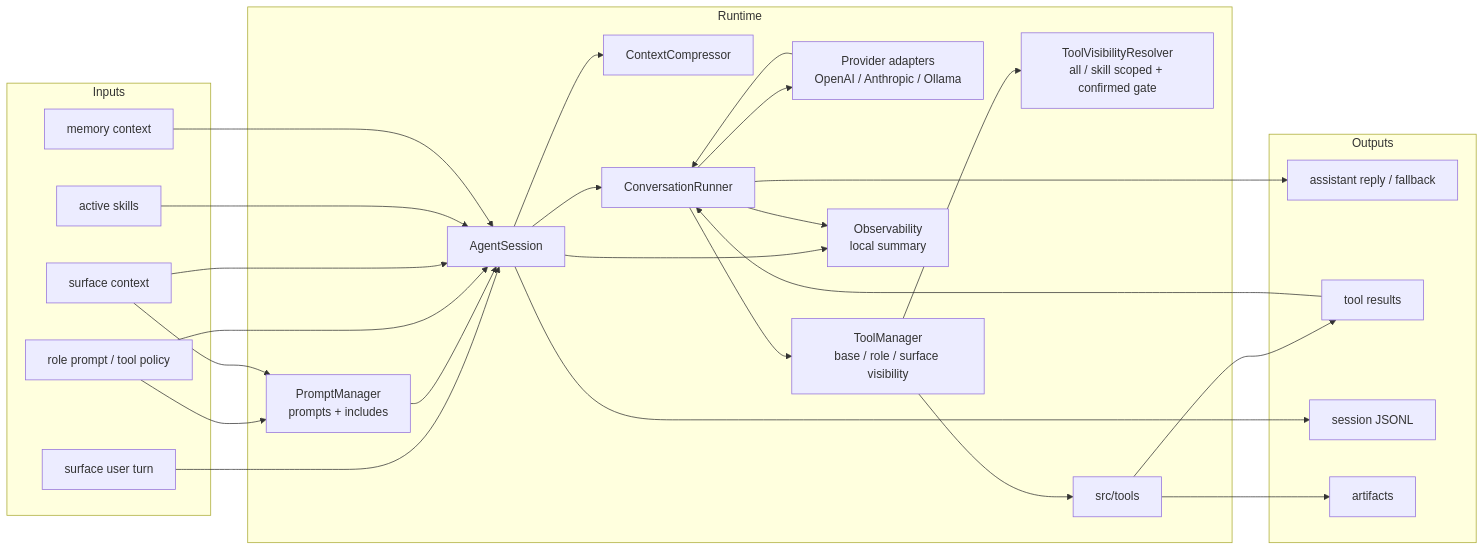
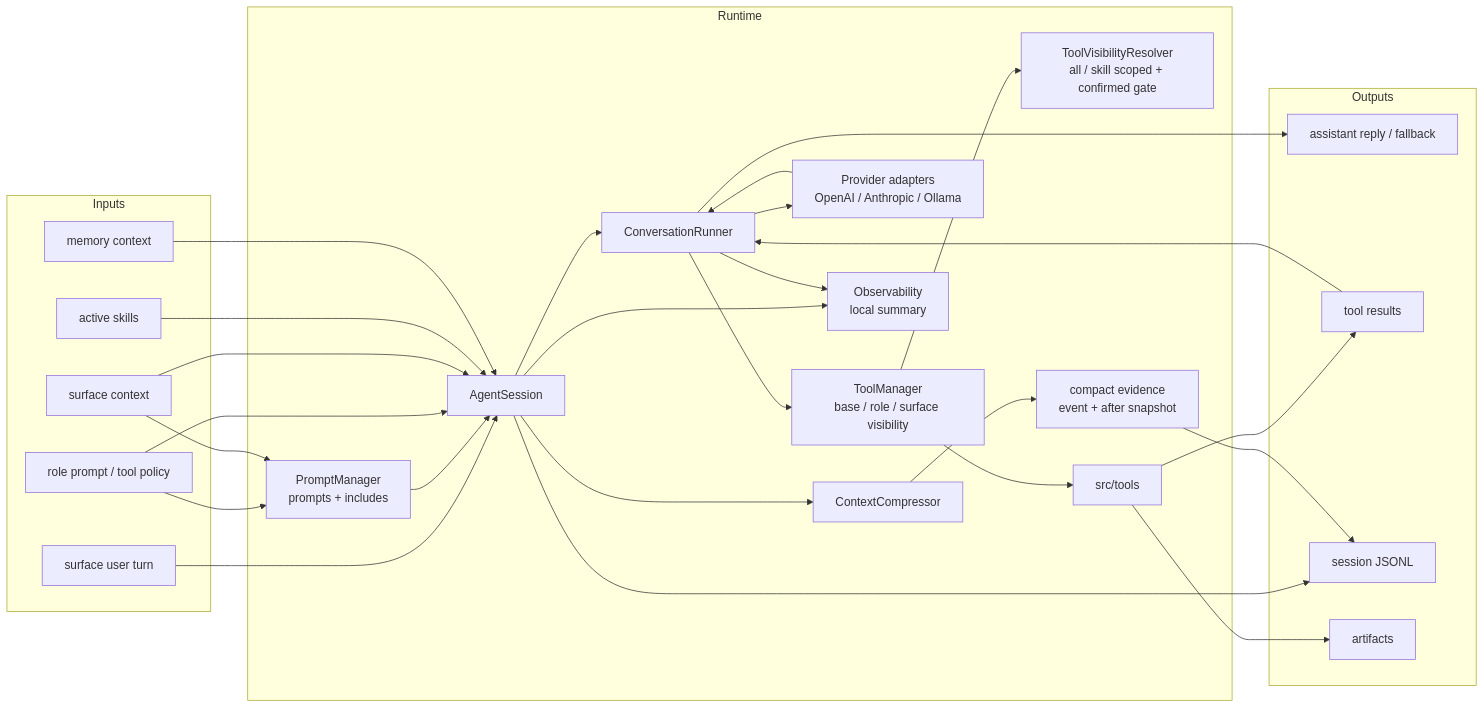
One commit to fightheyyy/XiaoBa-CLI changed the first of 2 diagrams in docs/agent-runtime/SPEC.md. Above: the diagram before and after it, drawn with Mermaid. The commit also changed other lines of this file and 65 other files, not shown here.

````diff
--- a/docs/agent-runtime/SPEC.md
+++ b/docs/agent-runtime/SPEC.md
@@ -43,52 +45,55 @@
 ```mermaid
 flowchart LR
     subgraph Inputs["Inputs"]
         SurfaceTurn["surface user turn"]
         RolePolicy["role prompt / tool policy"]
         SurfaceContext["surface context"]
         SkillPolicy["active skills"]
         Memory["memory context"]
     end
 
     subgraph Runtime["Runtime"]
         Session["AgentSession"]
         PromptManager["PromptManager<br/>prompts + includes"]
         Compressor["ContextCompressor"]
         Runner["ConversationRunner"]
         Provider["Provider adapters<br/>OpenAI / Anthropic / Ollama"]
         ToolManager["ToolManager<br/>base / role / surface visibility"]
         Visibility["ToolVisibilityResolver<br/>all / skill scoped + confirmed gate"]
         Tools["src/tools"]
         Observability["Observability<br/>local summary"]
+        CompactEvidence["compact evidence<br/>event + after snapshot"]
     end
 
     subgraph Outputs["Outputs"]
         Reply["assistant reply / fallback"]
         ToolResults["tool results"]
         SessionLog["session JSONL"]
         Artifacts["artifacts"]
     end
 
     SurfaceTurn --> Session
     RolePolicy --> PromptManager
     SurfaceContext --> PromptManager
     PromptManager --> Session
     RolePolicy --> Session
     SurfaceContext --> Session
     SkillPolicy --> Session
     Memory --> Session
     Session --> Compressor
+    Compressor --> CompactEvidence
     Session --> Runner
     Runner --> Provider
     Provider --> Runner
     Runner --> ToolManager
     ToolManager --> Visibility
     ToolManager --> Tools
     Tools --> ToolResults
     ToolResults --> Runner
     Runner --> Reply
     Session --> SessionLog
     Tools --> Artifacts
     Session --> Observability
     Runner --> Observability
+    CompactEvidence --> SessionLog
 ```
````
